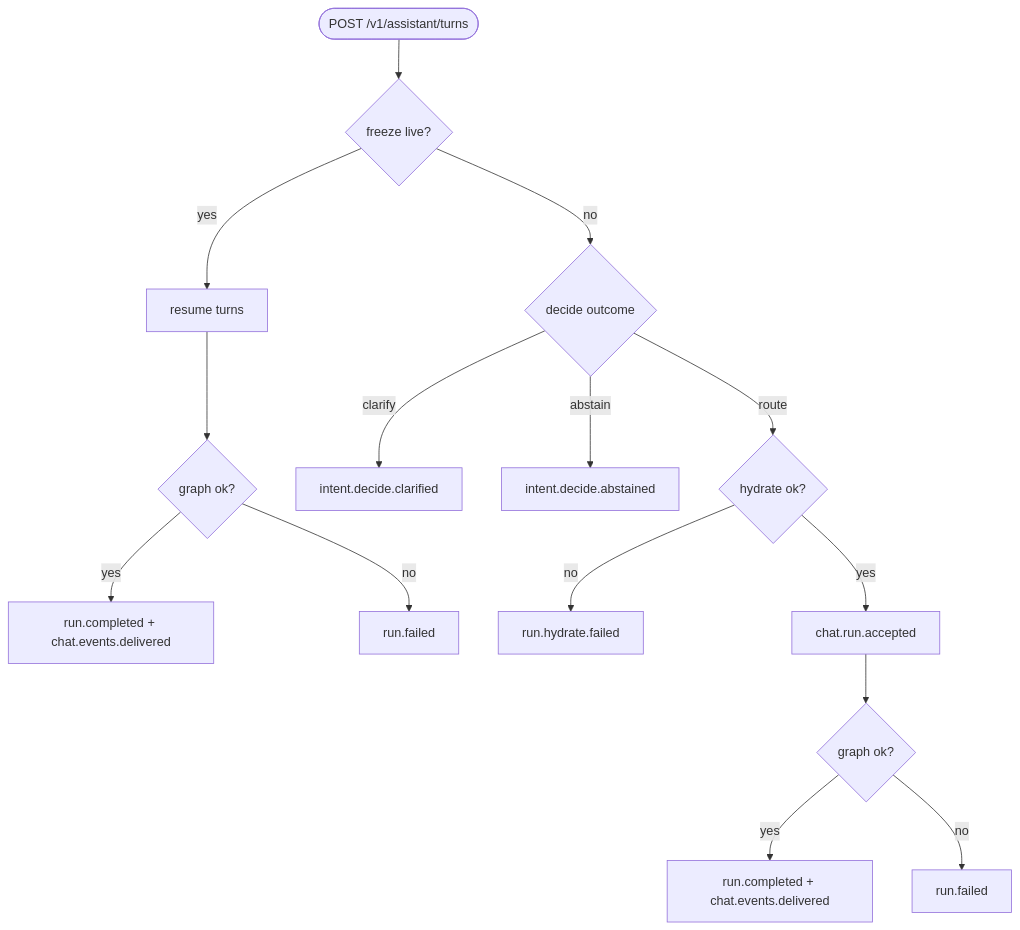
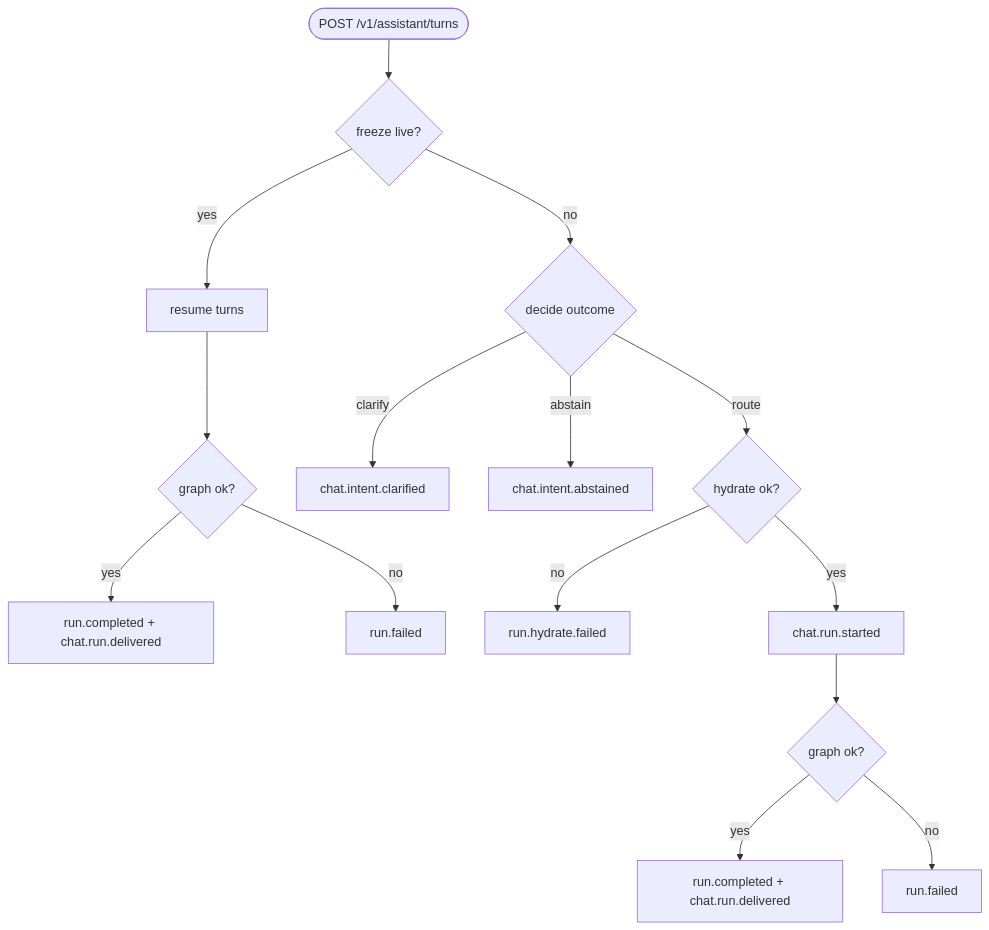
One commit to iamsharmajitender/enterprise-agent-fabric changed the fifth of 6 diagrams in agent-fabric-docs/02-understand/ids.md. Above: the diagram before and after it, drawn with Mermaid. The commit also changed other lines of this file and 26 other files, not shown here.

````diff
--- a/agent-fabric-docs/02-understand/ids.md
+++ b/agent-fabric-docs/02-understand/ids.md
@@ -262,17 +262,17 @@
 ```mermaid
 flowchart TD
   TURN([POST /v1/assistant/turns]) --> FREEZE{freeze live?}
   FREEZE -->|yes| RESUME[resume turns]
   RESUME --> G1{graph ok?}
-  G1 -->|yes| OK1[run.completed + chat.events.delivered]
+  G1 -->|yes| OK1[run.completed + chat.run.delivered]
   G1 -->|no| F1[run.failed]
   FREEZE -->|no| DECIDE{decide outcome}
-  DECIDE -->|clarify| CL[intent.decide.clarified]
-  DECIDE -->|abstain| AB[intent.decide.abstained]
+  DECIDE -->|clarify| CL[chat.intent.clarified]
+  DECIDE -->|abstain| AB[chat.intent.abstained]
   DECIDE -->|route| HYDRATE{hydrate ok?}
   HYDRATE -->|no| HF[run.hydrate.failed]
-  HYDRATE -->|yes| ACC[chat.run.accepted]
+  HYDRATE -->|yes| ACC[chat.run.started]
   ACC --> G2{graph ok?}
-  G2 -->|yes| OK2[run.completed + chat.events.delivered]
+  G2 -->|yes| OK2[run.completed + chat.run.delivered]
   G2 -->|no| F2[run.failed]
 ```
````
